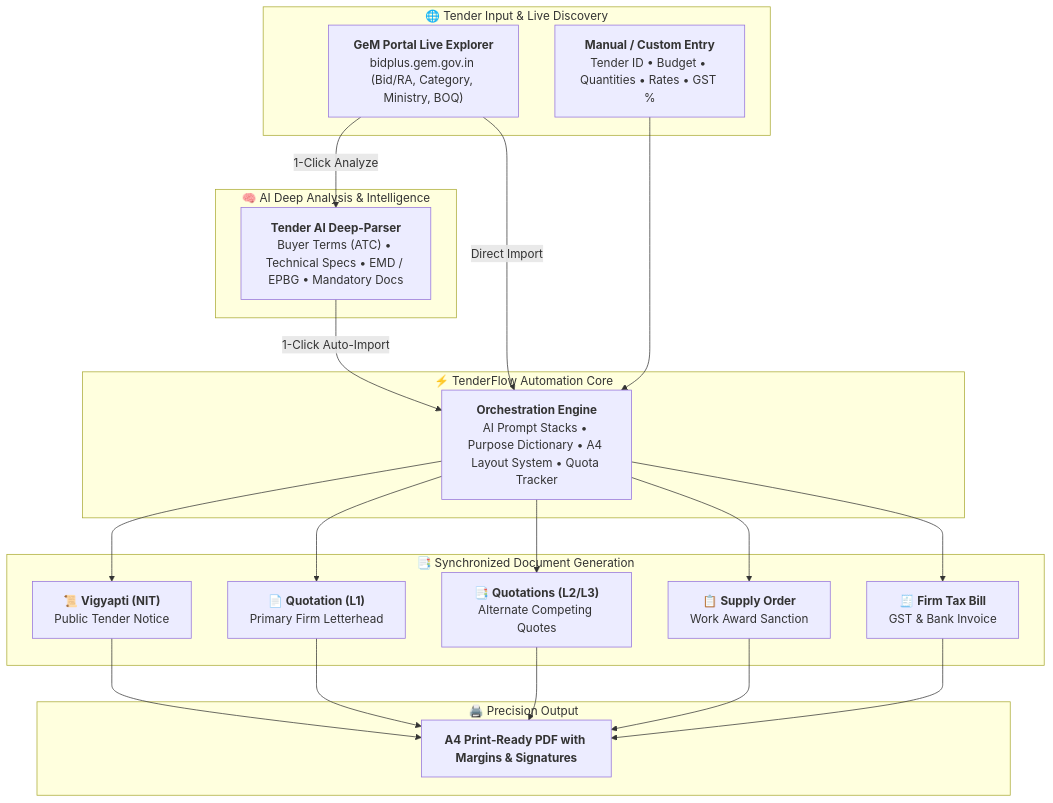
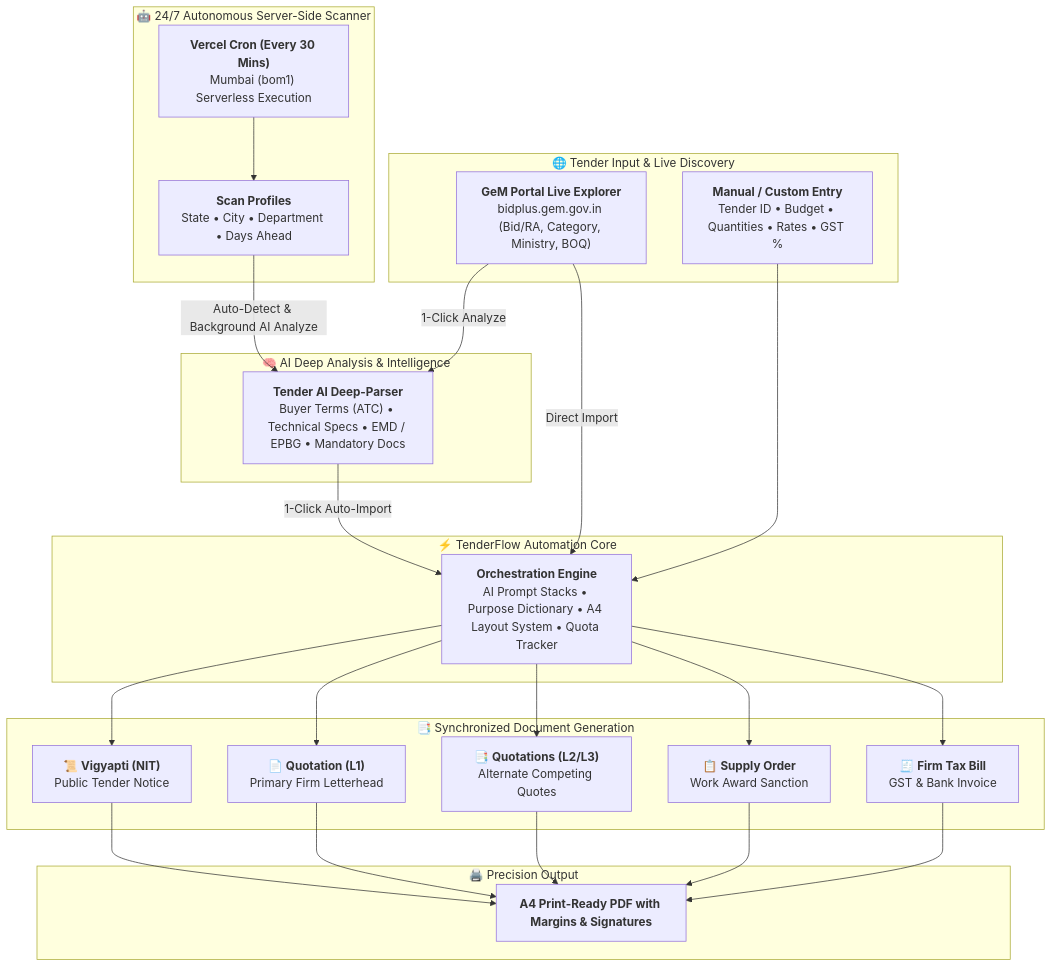
The first of 10 diagrams in README.md (Magraa/TenderFlow-AI), drawn with Mermaid before and after one commit. The commit also changed other lines of this file and 14 other files, not shown here.

Commit message:
feat: add 24/7 server-side auto-scanner cron daemon, profile manager & update README

````diff
--- a/README.md
+++ b/README.md
@@ -51,38 +52,45 @@
 ```mermaid
 flowchart TD
+    subgraph CRON ["🤖 24/7 Autonomous Server-Side Scanner"]
+        CS["<b>Vercel Cron (Every 30 Mins)</b><br/>Mumbai (bom1) Serverless Execution"]
+        CP["<b>Scan Profiles</b><br/>State • City • Department • Days Ahead"]
+        CS --> CP
+    end
+
     subgraph SOURCES ["🌐 Tender Input & Live Discovery"]
         G["<b>GeM Portal Live Explorer</b><br/>bidplus.gem.gov.in (Bid/RA, Category, Ministry, BOQ)"]
         M["<b>Manual / Custom Entry</b><br/>Tender ID • Budget • Quantities • Rates • GST %"]
     end
 
     subgraph ANALYSIS ["🧠 AI Deep Analysis & Intelligence"]
         A["<b>Tender AI Deep-Parser</b><br/>Buyer Terms (ATC) • Technical Specs • EMD / EPBG • Mandatory Docs"]
     end
 
     subgraph ENGINE ["⚡ TenderFlow Automation Core"]
         O["<b>Orchestration Engine</b><br/>AI Prompt Stacks • Purpose Dictionary • A4 Layout System • Quota Tracker"]
     end
 
     subgraph OUTPUTS ["📑 Synchronized Document Generation"]
         D1["📜 <b>Vigyapti (NIT)</b><br/>Public Tender Notice"]
         D2["📄 <b>Quotation (L1)</b><br/>Primary Firm Letterhead"]
         D3["📑 <b>Quotations (L2/L3)</b><br/>Alternate Competing Quotes"]
         D4["📋 <b>Supply Order</b><br/>Work Award Sanction"]
         D5["🧾 <b>Firm Tax Bill</b><br/>GST & Bank Invoice"]
     end
 
     subgraph EXPORT ["🖨️ Precision Output"]
         P["<b>A4 Print-Ready PDF with Margins & Signatures</b>"]
     end
 
+    CP -->|Auto-Detect & Background AI Analyze| A
     G -->|1-Click Analyze| A
     A -->|1-Click Auto-Import| O
     G -->|Direct Import| O
     M --> O
     O --> D1
     O --> D2
     O --> D3
     O --> D4
     O --> D5
     D1 & D2 & D3 & D4 & D5 --> P
 ```
````
